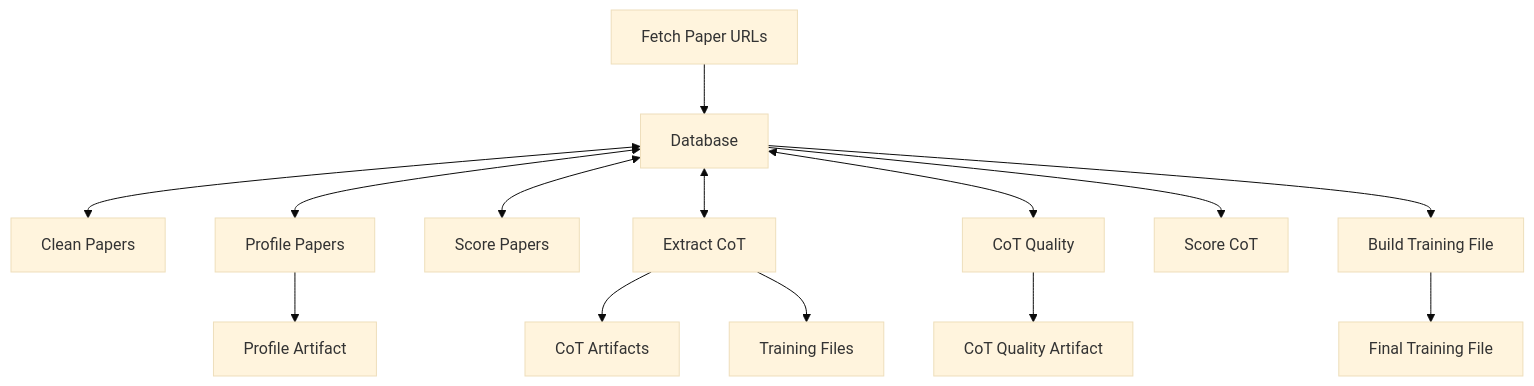
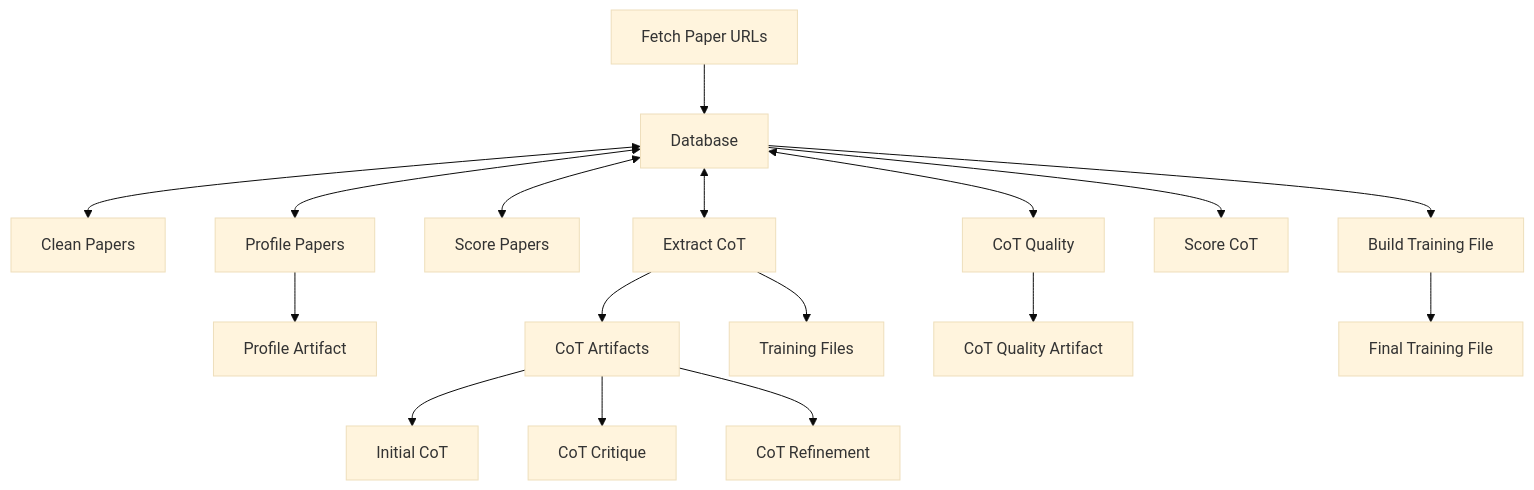
One commit to thehunmonkgroup/raspberry-paper-to-cot-pipeline changed the diagram in misc/pipeline-diagram.mmd. Above: the diagram before and after it, drawn with Mermaid (base theme). The commit also changed 1 other file, not shown here.

Commit message:
diagram CoT extraction artifacts

```diff
--- a/misc/pipeline-diagram.mmd
+++ b/misc/pipeline-diagram.mmd
@@ -1,14 +1,17 @@
 flowchart TD
     A[Fetch Paper URLs] --> B[Database]
     B <--> D[Clean Papers]
     B <--> E[Profile Papers]
     B <--> F[Score Papers]
     B <--> G[Extract CoT]
     B <--> H[CoT Quality]
     B --> I[Score CoT]
     B --> J[Build Training File]
     E --> K[Profile Artifact]
     G --> L[CoT Artifacts]
     G --> M[Training Files]
     H --> N[CoT Quality Artifact]
     J --> O[Final Training File]
+    L --> P[Initial CoT]
+    L --> Q[CoT Critique]
+    L --> R[CoT Refinement]
```
